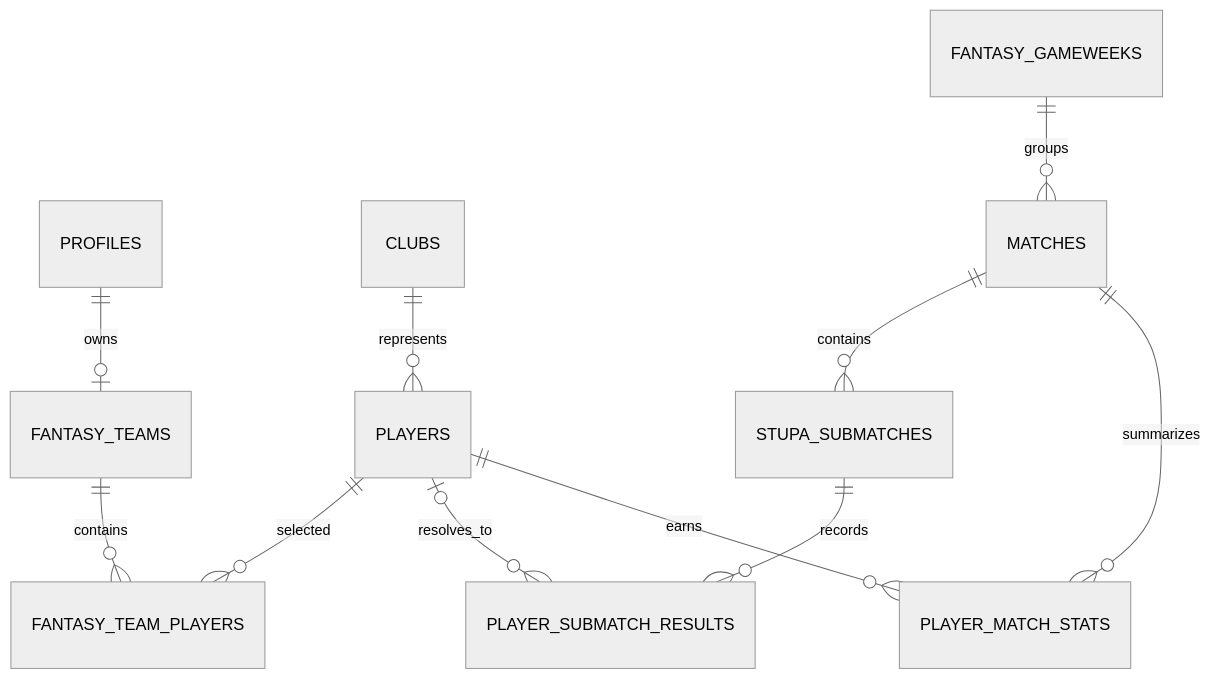
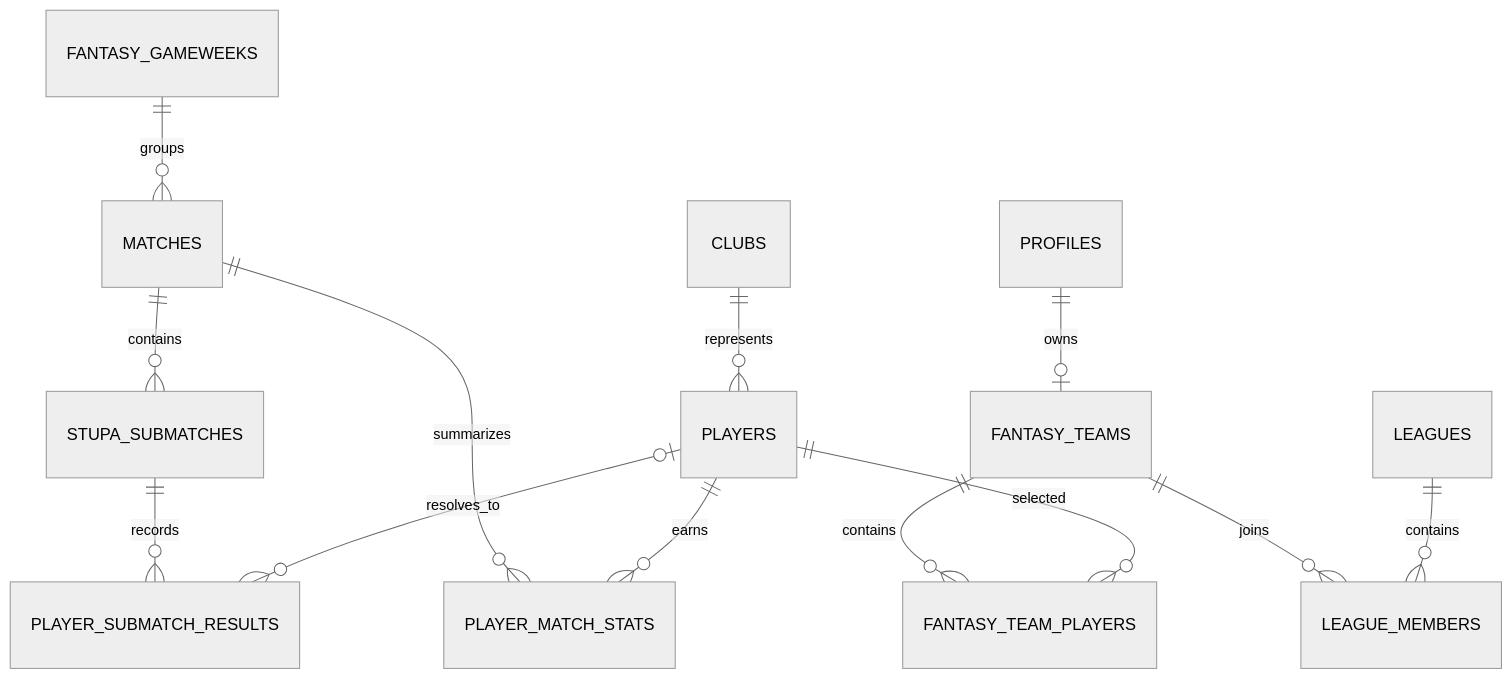
The diagram in docs/database.md (BE4M3R/fantasy-pingisligan), drawn with Mermaid (neutral theme) before and after one commit. The commit also changed other lines of this file and 8 other files, not shown here.

````diff
--- a/docs/database.md
+++ b/docs/database.md
@@ -6,13 +6,15 @@
 ```mermaid
 erDiagram
     PROFILES ||--o| FANTASY_TEAMS : owns
     FANTASY_TEAMS ||--o{ FANTASY_TEAM_PLAYERS : contains
+    FANTASY_TEAMS ||--o{ LEAGUE_MEMBERS : joins
+    LEAGUES ||--o{ LEAGUE_MEMBERS : contains
     PLAYERS ||--o{ FANTASY_TEAM_PLAYERS : selected
     CLUBS ||--o{ PLAYERS : represents
     FANTASY_GAMEWEEKS ||--o{ MATCHES : groups
     MATCHES ||--o{ STUPA_SUBMATCHES : contains
     STUPA_SUBMATCHES ||--o{ PLAYER_SUBMATCH_RESULTS : records
     PLAYERS o|--o{ PLAYER_SUBMATCH_RESULTS : resolves_to
     MATCHES ||--o{ PLAYER_MATCH_STATS : summarizes
     PLAYERS ||--o{ PLAYER_MATCH_STATS : earns
 ```
````
